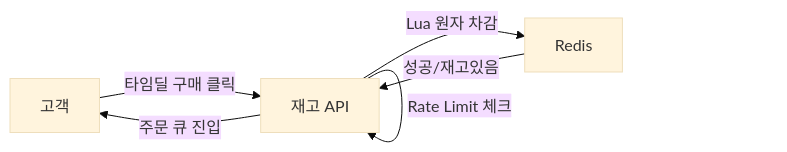
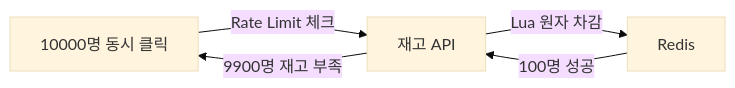
The third of 3 diagrams in _posts/systemdesign/2026-05-11-system-design-inventory.md (yjkim2015/yjkim2015.github.io), drawn with Mermaid (base theme) before and after one commit. The commit also changed other lines of this file and 4 other files, not shown here.

````diff
--- a/_posts/systemdesign/2026-05-11-system-design-inventory.md
+++ b/_posts/systemdesign/2026-05-11-system-design-inventory.md
@@ -433,8 +849,7 @@
 ```mermaid
 graph LR
-    A[고객] -->|타임딜 구매 클릭| B[재고 API]
-    B -->|Rate Limit 체크| B
+    A[10000명 동시 클릭] -->|Rate Limit 체크| B[재고 API]
     B -->|Lua 원자 차감| C[Redis]
-    C -->|성공/재고있음| B
-    B -->|주문 큐 진입| A
+    C -->|100명 성공| B
+    B -->|9900명 재고 부족| A
 ```
````
